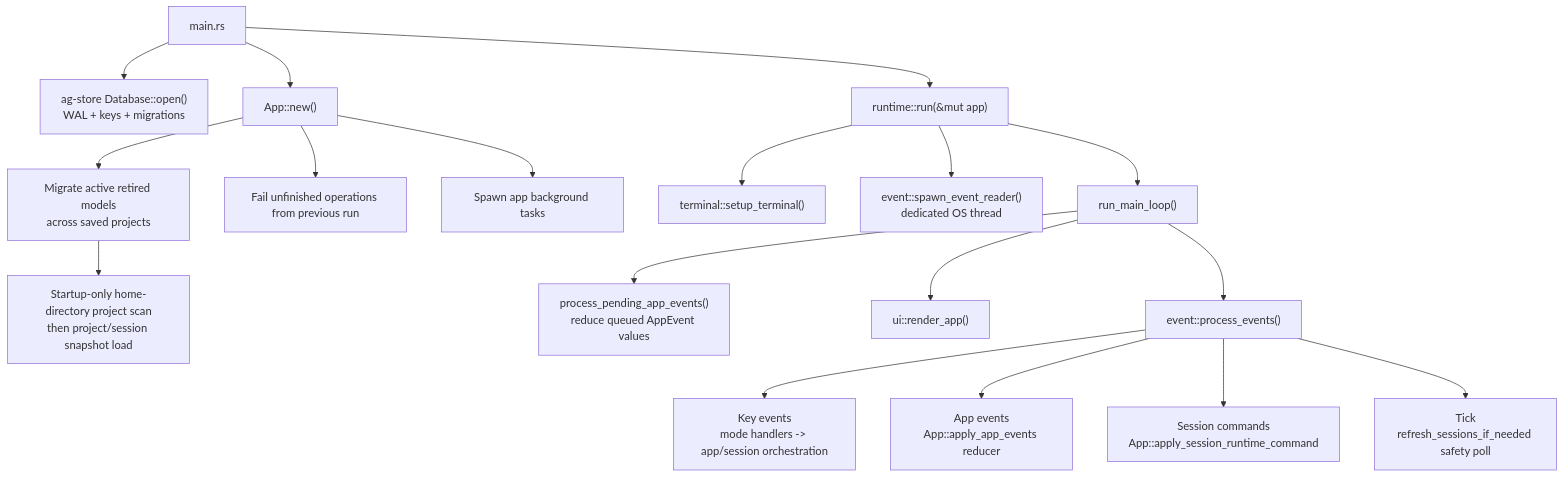
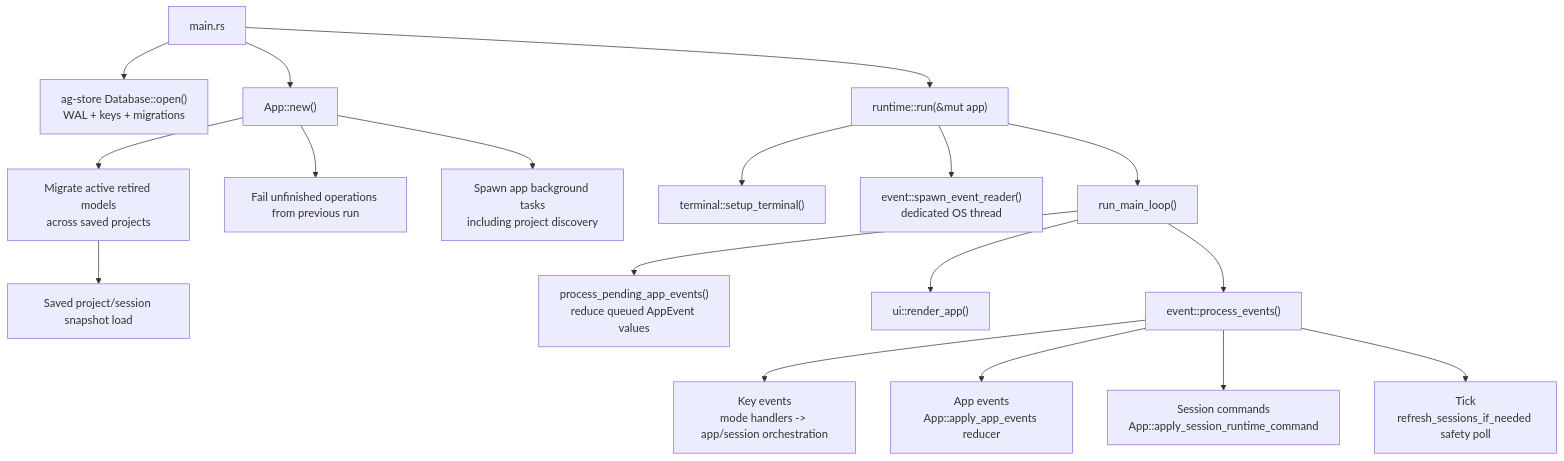
The first of 3 diagrams in docs/site/content/docs/architecture/runtime-flow.md (opencloudtool/agentty), drawn with Mermaid before and after one commit. The commit also changed other lines of this file and 27 other files, not shown here.

First line of the commit message:
Keep session workflows responsive during background work

````diff
--- a/docs/site/content/docs/architecture/runtime-flow.md
+++ b/docs/site/content/docs/architecture/runtime-flow.md
@@ -48,39 +48,39 @@
 ```mermaid
 flowchart TD
   main["main.rs"]
   db["ag-store Database::open()<br/>WAL + keys + migrations"]
   app_new["App::new()"]
   model_migration["Migrate active retired models<br/>across saved projects"]
-  scan["Startup-only home-directory project scan<br/>then project/session snapshot load"]
+  scan["Saved project/session snapshot load"]
   fail_ops["Fail unfinished operations from previous run"]
-  background["Spawn app background tasks"]
+  background["Spawn app background tasks<br/>including project discovery"]
   runtime["runtime::run(&mut app)"]
   terminal["terminal::setup_terminal()"]
   event_reader["event::spawn_event_reader()<br/>dedicated OS thread"]
   main_loop["run_main_loop()"]
   drain["process_pending_app_events()<br/>reduce queued AppEvent values"]
   draw["ui::render_app()"]
   process["event::process_events()"]
   key_events["Key events<br/>mode handlers -> app/session orchestration"]
   app_events["App events<br/>App::apply_app_events reducer"]
   session_commands["Session commands<br/>App::apply_session_runtime_command"]
   tick["Tick<br/>refresh_sessions_if_needed safety poll"]
 
   main --> db
   main --> app_new
   app_new --> model_migration
   model_migration --> scan
   app_new --> fail_ops
   app_new --> background
   main --> runtime
   runtime --> terminal
   runtime --> event_reader
   runtime --> main_loop
   main_loop --> drain
   main_loop --> draw
   main_loop --> process
   process --> key_events
   process --> app_events
   process --> session_commands
   process --> tick
 ```
````
